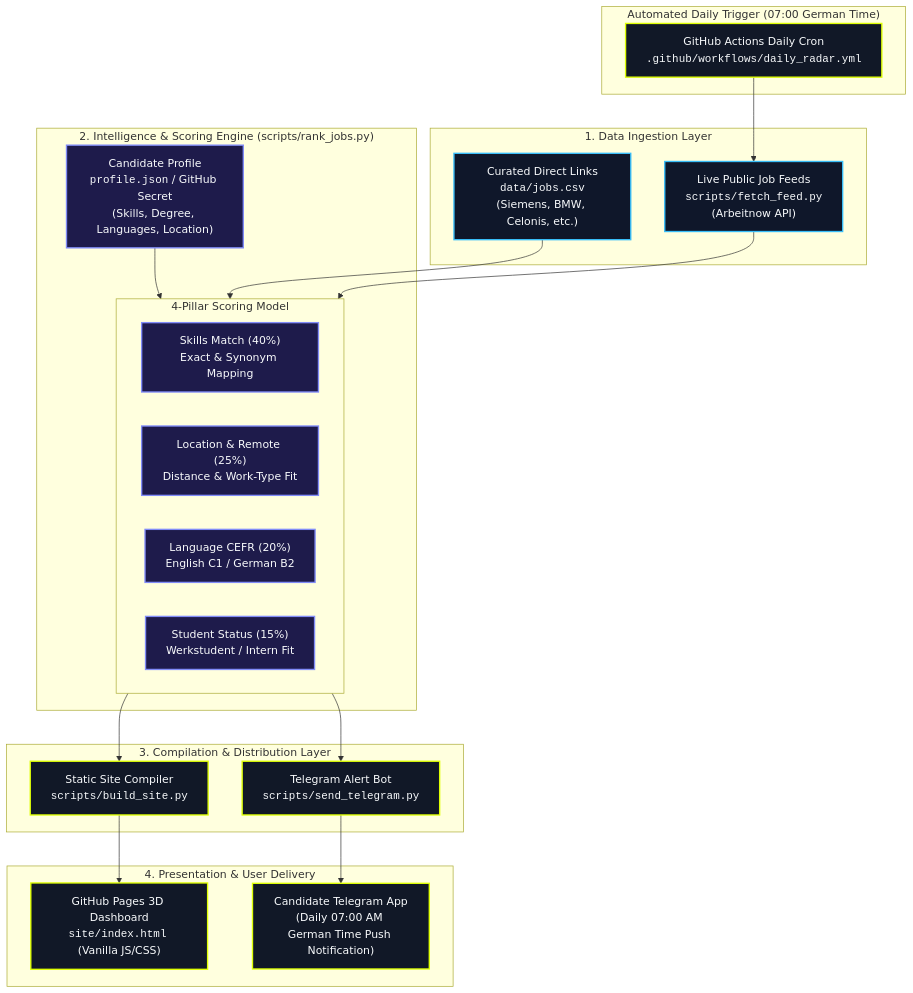
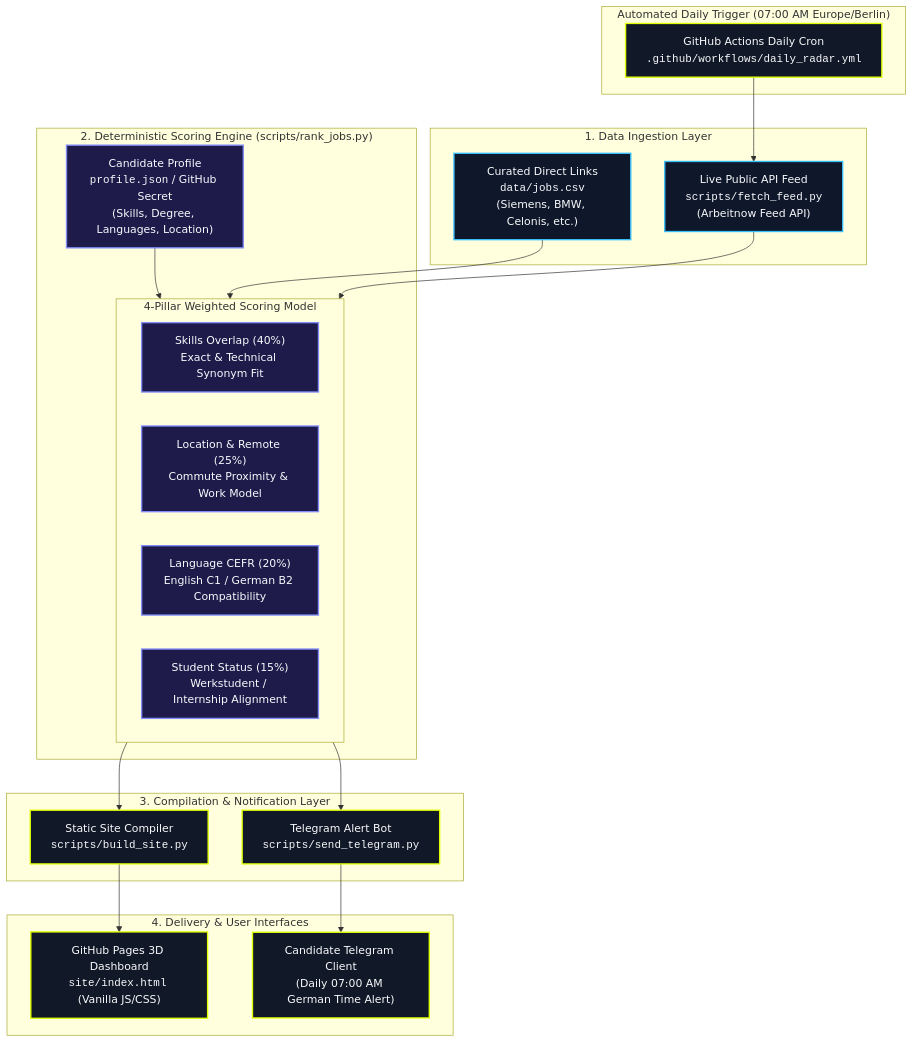
Before and after one commit to srinivaspolanki/job-radar: the first of 2 diagrams in README.md, drawn with Mermaid. The commit also changed other lines of this file, not shown here.

Commit message:
docs: rewrite README with professional architecture, badges, and engineering formula breakdown

````diff
--- a/README.md
+++ b/README.md
@@ -9,51 +33,51 @@
 ```mermaid
 graph TB
-    subgraph DATA_INGESTION["1. Data Ingestion Layer"]
+    subgraph INGESTION["1. Data Ingestion Layer"]
         A1["Curated Direct Links<br/><code>data/jobs.csv</code><br/>(Siemens, BMW, Celonis, etc.)"]
-        A2["Live Public Job Feeds<br/><code>scripts/fetch_feed.py</code><br/>(Arbeitnow API)"]
+        A2["Live Public API Feed<br/><code>scripts/fetch_feed.py</code><br/>(Arbeitnow Feed API)"]
     end
 
-    subgraph INTELLIGENCE_ENGINE["2. Intelligence & Scoring Engine (scripts/rank_jobs.py)"]
+    subgraph ENGINE["2. Deterministic Scoring Engine (scripts/rank_jobs.py)"]
         P["Candidate Profile<br/><code>profile.json</code> / GitHub Secret<br/>(Skills, Degree, Languages, Location)"]
         
-        subgraph FOUR_PILLARS["4-Pillar Scoring Model"]
-            S1["Skills Match (40%)<br/>Exact & Synonym Mapping"]
-            S2["Location & Remote (25%)<br/>Distance & Work-Type Fit"]
-            S3["Language CEFR (20%)<br/>English C1 / German B2"]
-            S4["Student Status (15%)<br/>Werkstudent / Intern Fit"]
+        subgraph PILLARS["4-Pillar Weighted Scoring Model"]
+            S1["Skills Overlap (40%)<br/>Exact & Technical Synonym Fit"]
+            S2["Location & Remote (25%)<br/>Commute Proximity & Work Model"]
+            S3["Language CEFR (20%)<br/>English C1 / German B2 Compatibility"]
+            S4["Student Status (15%)<br/>Werkstudent / Internship Alignment"]
         end
         
-        P --> FOUR_PILLARS
-        A1 --> FOUR_PILLARS
-        A2 --> FOUR_PILLARS
+        P --> PILLARS
+        A1 --> PILLARS
+        A2 --> PILLARS
     end
 
-    subgraph COMPILATION_DISTRIBUTION["3. Compilation & Distribution Layer"]
+    subgraph DISTRIBUTION["3. Compilation & Notification Layer"]
         B1["Static Site Compiler<br/><code>scripts/build_site.py</code>"]
         B2["Telegram Alert Bot<br/><code>scripts/send_telegram.py</code>"]
         
-        FOUR_PILLARS --> B1
-        FOUR_PILLARS --> B2
+        PILLARS --> B1
+        PILLARS --> B2
     end
 
-    subgraph PRESENTATION["4. Presentation & User Delivery"]
+    subgraph PRESENTATION["4. Delivery & User Interfaces"]
         C1["GitHub Pages 3D Dashboard<br/><code>site/index.html</code> (Vanilla JS/CSS)"]
-        C2["Candidate Telegram App<br/>(Daily 07:00 AM German Time Push Notification)"]
+        C2["Candidate Telegram Client<br/>(Daily 07:00 AM German Time Alert)"]
         
         B1 --> C1
         B2 --> C2
     end
 
-    subgraph CI_CD["Automated Daily Trigger (07:00 German Time)"]
+    subgraph CI_CD["Automated Daily Trigger (07:00 AM Europe/Berlin)"]
         CRON["GitHub Actions Daily Cron<br/><code>.github/workflows/daily_radar.yml</code>"]
         CRON --> A2
     end
 
     classDef primary fill:#0f172a,stroke:#38bdf8,stroke-width:2px,color:#f8fafc;
     classDef accent fill:#111827,stroke:#DFFF04,stroke-width:2px,color:#f8fafc;
     classDef highlight fill:#1e1b4b,stroke:#818cf8,stroke-width:2px,color:#f8fafc;
     
     class A1,A2 primary;
     class S1,S2,S3,S4,P highlight;
     class B1,B2,C1,C2,CRON accent;
 ```
````
